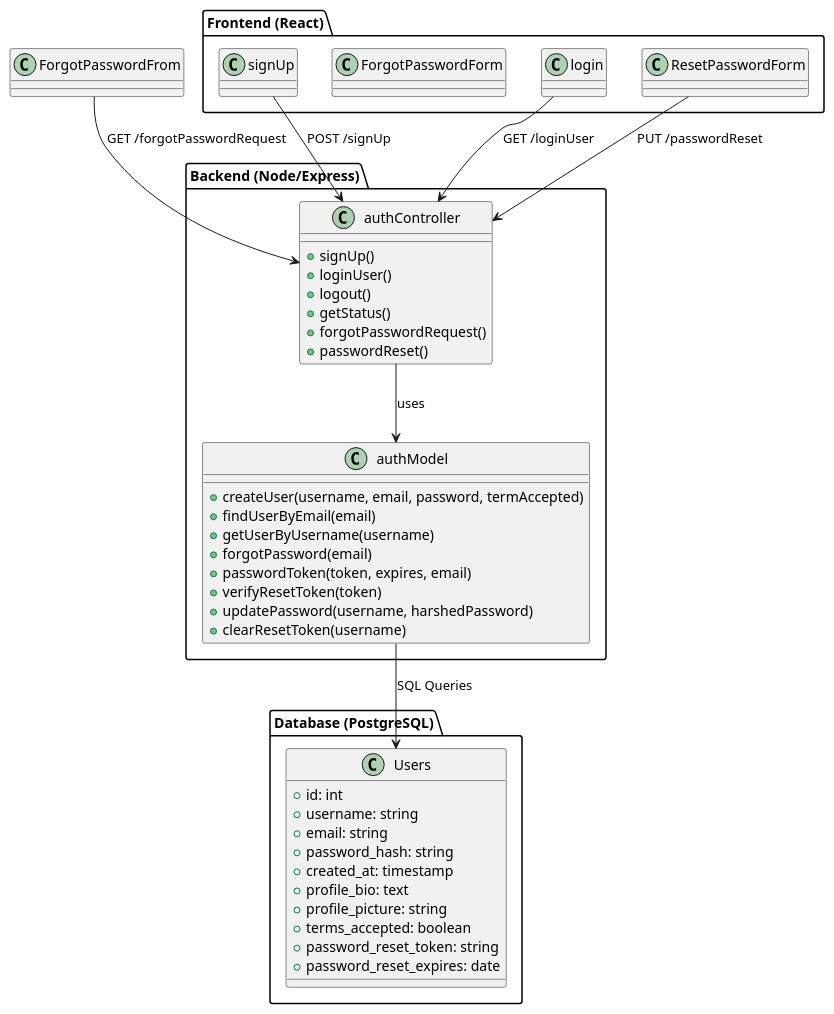
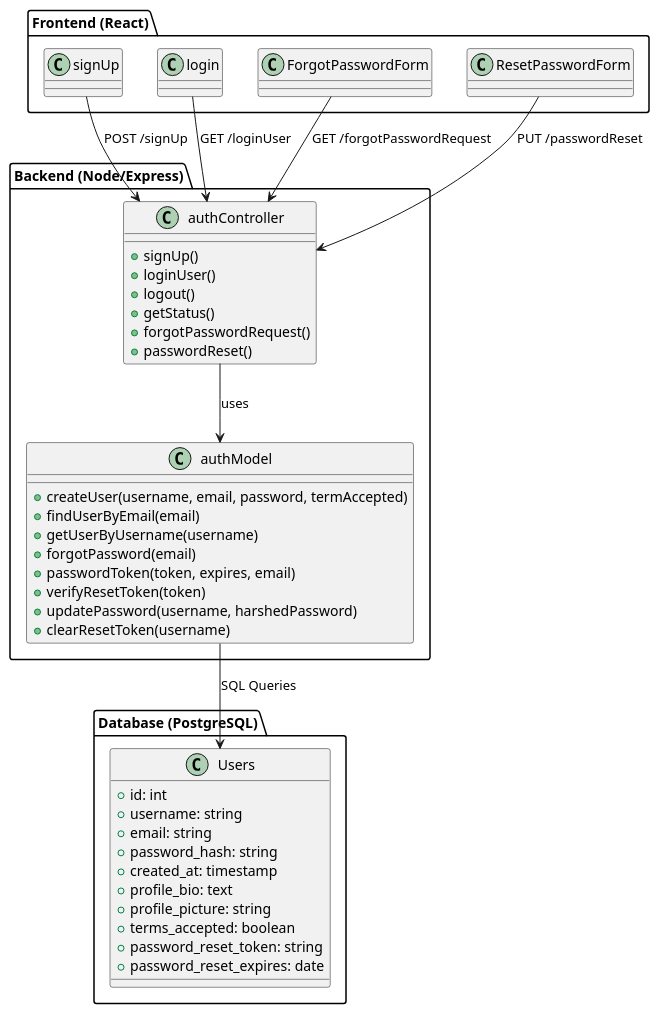
One commit to millisom/GluGuide changed the diagram in docs/plantuml/auth.plantuml. Above: the diagram before and after it, drawn with PlantUML. The commit also changed 3 other files, not shown here.

```diff
--- a/docs/plantuml/auth.plantuml
+++ b/docs/plantuml/auth.plantuml
@@ -1,57 +1,57 @@
 @startuml
 package "Frontend (React)" {
     class signUp
     class login 
     class ForgotPasswordForm
     class ResetPasswordForm
 }
 
 package "Backend (Node/Express)" {
 class authController {
     + signUp()
     + loginUser() 
     + logout() 
     + getStatus() 
     + forgotPasswordRequest()
     + passwordReset()
 
 }
 
 class authModel {
     + createUser(username, email, password, termAccepted)
     + findUserByEmail(email)
     + getUserByUsername(username)
     + forgotPassword(email)
     + passwordToken(token, expires, email)
     + verifyResetToken(token)
     + updatePassword(username, harshedPassword)
     + clearResetToken(username)
 
     }
 }
 
 package "Database (PostgreSQL)" {
   class Users {
     + id: int
     + username: string
     + email: string
     + password_hash: string
     + created_at: timestamp
     + profile_bio: text
     + profile_picture: string
     + terms_accepted: boolean
     + password_reset_token: string
     + password_reset_expires: date
   }
 }
 ' Define relationships between frontend classes and backend controller
 signUp --> authController : "POST /signUp"
 login --> authController : "GET /loginUser"
-ForgotPasswordFrom --> authController : "GET /forgotPasswordRequest"
+ForgotPasswordForm --> authController : "GET /forgotPasswordRequest"
 ResetPasswordForm --> authController :"PUT /passwordReset"
 
 
 ' Define relationships between backend controller and database model
 authController --> authModel : "uses"
 authModel --> Users : "SQL Queries"
 @enduml 
```
